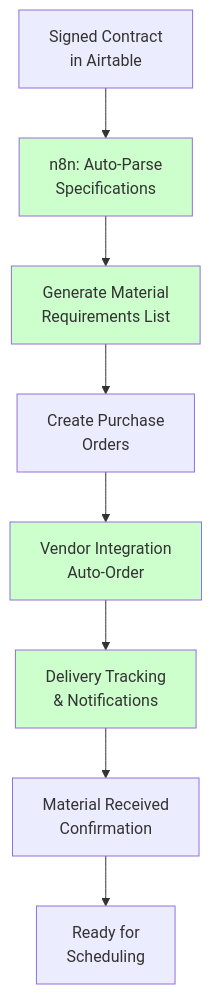
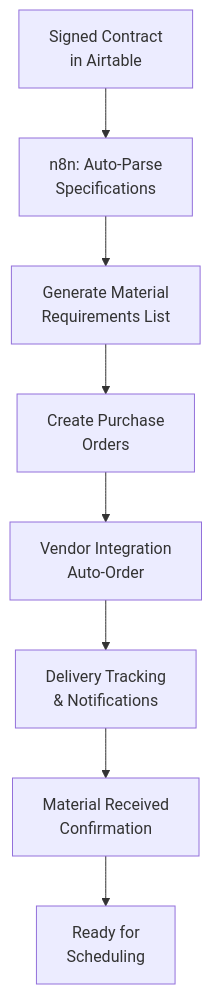
Before and after one commit to Seran003/xmechtest2: the first of 4 diagrams in scheduling/hvac-scheduling-proposed-solution.md, drawn with Mermaid. The commit also changed other lines of this file and 1 other file, not shown here.

````diff
--- a/scheduling/hvac-scheduling-proposed-solution.md
+++ b/scheduling/hvac-scheduling-proposed-solution.md
@@ -22,15 +22,11 @@
 ```mermaid
 flowchart TD
     A[Signed Contract<br/>in Airtable] --> B[n8n: Auto-Parse<br/>Specifications]
     B --> C[Generate Material<br/>Requirements List]
     C --> D[Create Purchase<br/>Orders]
     D --> E[Vendor Integration<br/>Auto-Order]
     E --> F[Delivery Tracking<br/>& Notifications]
     F --> G[Material Received<br/>Confirmation]
     G --> H[Ready for<br/>Scheduling]
     
-    style B fill:#ccffcc
-    style C fill:#ccffcc
-    style E fill:#ccffcc
-    style F fill:#ccffcc
 ```
````
